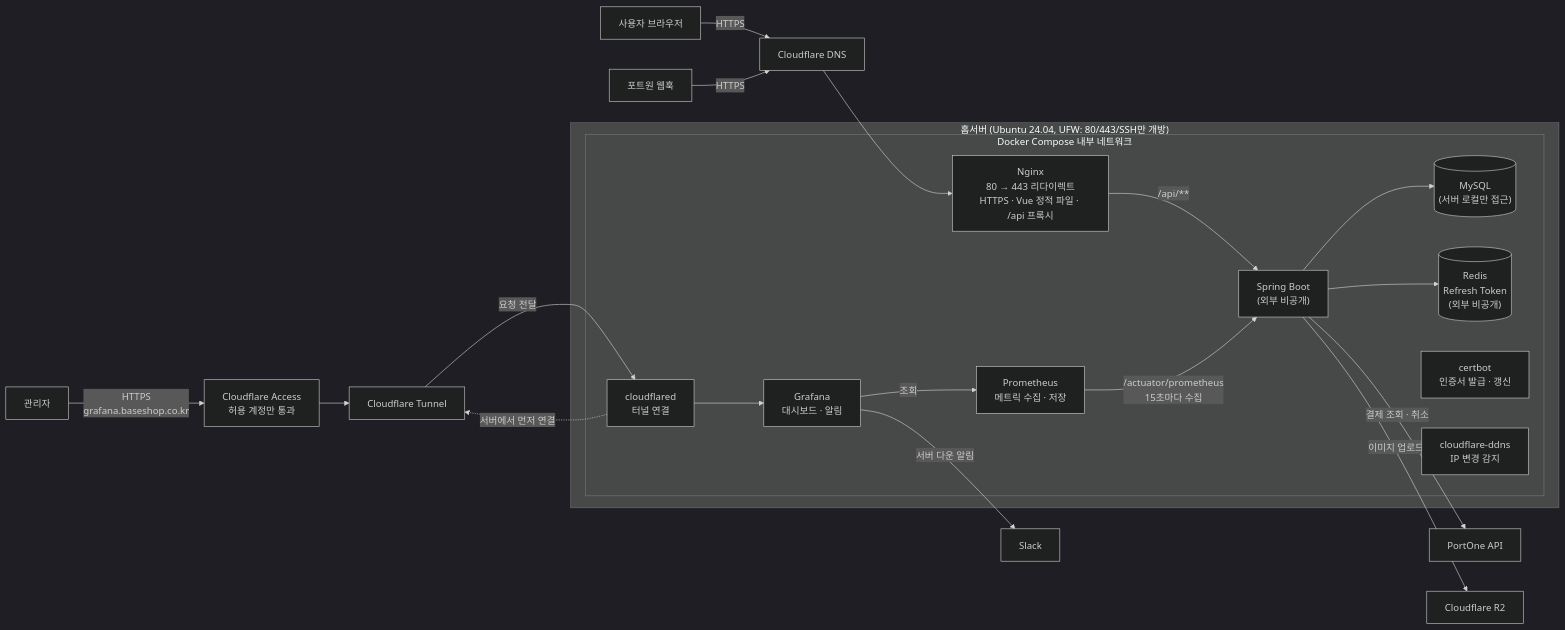
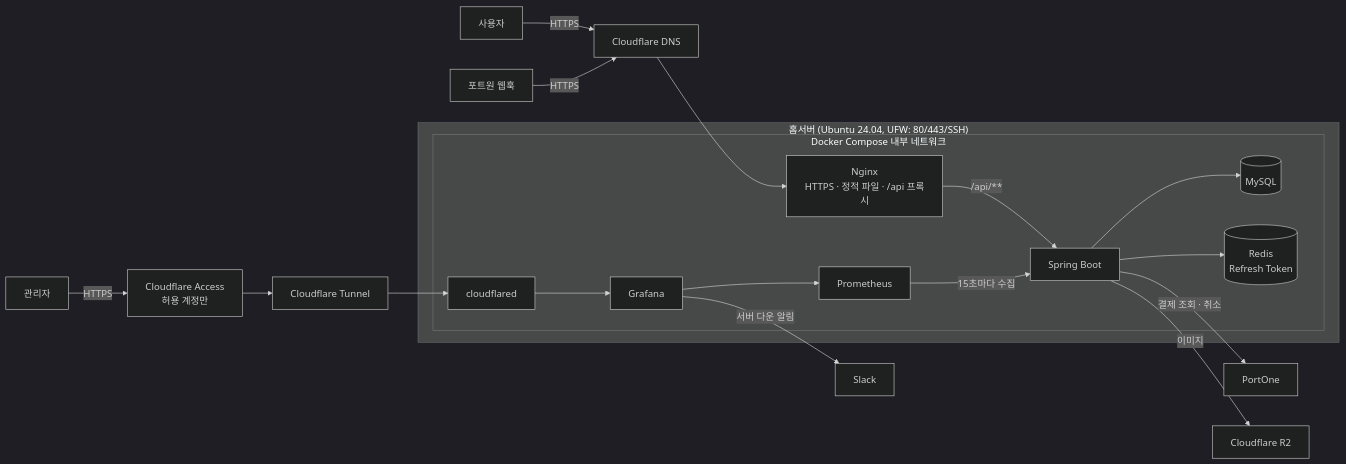
Before and after one commit to junghun92/baseshop: the first of 2 diagrams in README.md, drawn with Mermaid (dark theme). The commit also changed other lines of this file, not shown here.

````diff
--- a/README.md
+++ b/README.md
@@ -48,32 +37,28 @@
 ```mermaid
 flowchart LR
-    U["사용자 브라우저"] -->|"HTTPS"| CF["Cloudflare DNS"]
+    U["사용자"] -->|"HTTPS"| CF["Cloudflare DNS"]
     PO["포트원 웹훅"] -->|"HTTPS"| CF
     CF --> N
-    ADM["관리자"] -->|"HTTPS<br>grafana.baseshop.co.kr"| ACC["Cloudflare Access<br>허용 계정만 통과"]
+    ADM["관리자"] -->|"HTTPS"| ACC["Cloudflare Access<br>허용 계정만"]
     ACC --> TUN["Cloudflare Tunnel"]
-    subgraph S["홈서버 (Ubuntu 24.04, UFW: 80/443/SSH만 개방)"]
+    subgraph S["홈서버 (Ubuntu 24.04, UFW: 80/443/SSH)"]
         subgraph D["Docker Compose 내부 네트워크"]
-            N["Nginx<br>80 → 443 리다이렉트<br>HTTPS · Vue 정적 파일 · /api 프록시"]
-            SP["Spring Boot<br>(외부 비공개)"]
-            DB[("MySQL<br>(서버 로컬만 접근)")]
-            RD[("Redis<br>Refresh Token<br>(외부 비공개)")]
-            C["certbot<br>인증서 발급 · 갱신"]
-            DD["cloudflare-ddns<br>IP 변경 감지"]
-            PR["Prometheus<br>메트릭 수집 · 저장"]
-            GF["Grafana<br>대시보드 · 알림"]
-            CFD["cloudflared<br>터널 연결"]
+            N["Nginx<br>HTTPS · 정적 파일 · /api 프록시"]
+            SP["Spring Boot"]
+            DB[("MySQL")]
+            RD[("Redis<br>Refresh Token")]
+            PR["Prometheus"]
+            GF["Grafana"]
+            CFD["cloudflared"]
         end
     end
     N -->|"/api/**"| SP
     SP --> DB
     SP --> RD
-    PR -->|"/actuator/prometheus<br>15초마다 수집"| SP
-    GF -->|"조회"| PR
-    CFD -.->|"서버에서 먼저 연결"| TUN
-    TUN -->|"요청 전달"| CFD
-    CFD --> GF
+    PR -->|"15초마다 수집"| SP
+    GF --> PR
+    TUN --> CFD --> GF
     GF -->|"서버 다운 알림"| SL["Slack"]
-    SP -->|"결제 조회 · 취소"| PG["PortOne API"]
-    SP -->|"이미지 업로드"| R2["Cloudflare R2"]
+    SP -->|"결제 조회 · 취소"| PG["PortOne"]
+    SP -->|"이미지"| R2["Cloudflare R2"]
 ```
````
